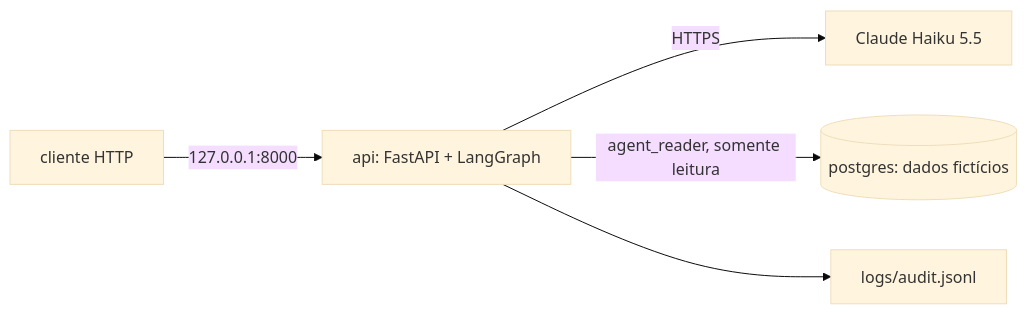
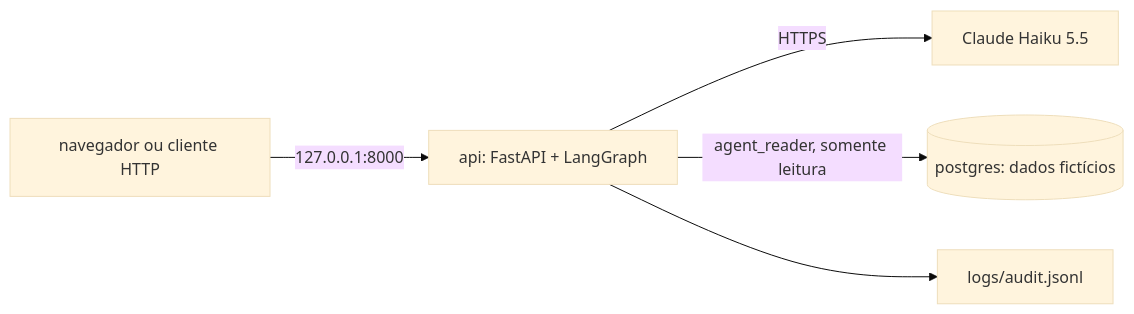
Before and after one commit to francomansur/agente-dados-delivery: the first of 2 diagrams in docs/spec.md, drawn with Mermaid (base theme). The commit also changed other lines of this file and 7 other files, not shown here.

````diff
--- a/docs/spec.md
+++ b/docs/spec.md
@@ -19,7 +19,7 @@
 ```mermaid
 flowchart LR
-    C["cliente HTTP"] -->|"127.0.0.1:8000"| API["api: FastAPI + LangGraph"]
+    C["navegador ou cliente HTTP"] -->|"127.0.0.1:8000"| API["api: FastAPI + LangGraph"]
     API -->|"HTTPS"| LLM["Claude Haiku 5.5"]
     API -->|"agent_reader, somente leitura"| PG[("postgres: dados fictícios")]
     API --> LOG["logs/audit.jsonl"]
 ```
````
